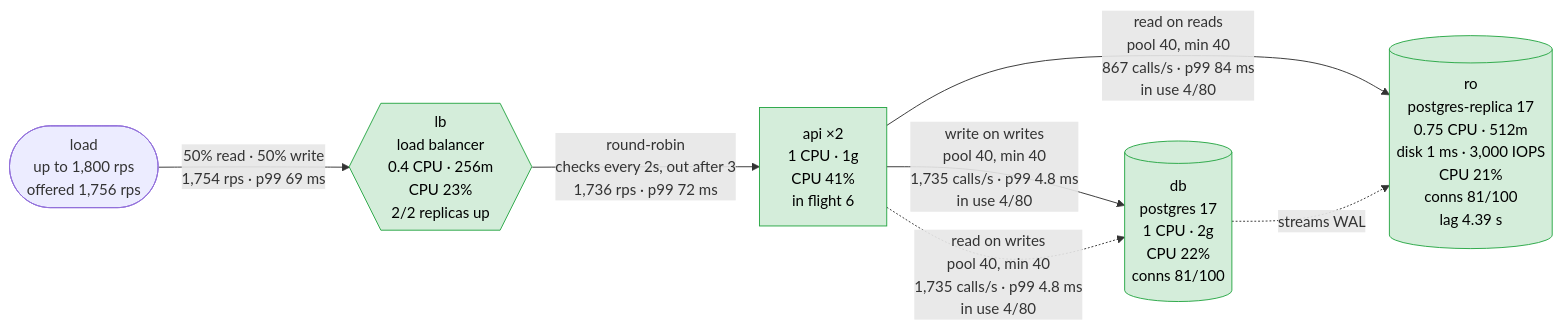
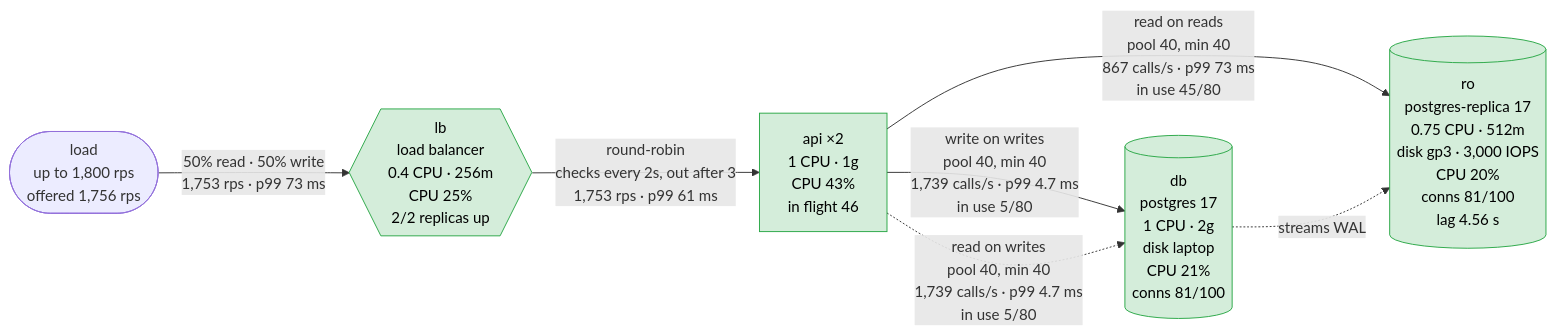
Before and after one commit to akinfemi/load-lore: the first of 5 diagrams in scenarios/stale-orders/solutions/read-your-writes/report.md, drawn with Mermaid. The commit also changed other lines of this file and 125 other files, not shown here.

````diff
--- a/scenarios/stale-orders/solutions/read-your-writes/report.md
+++ b/scenarios/stale-orders/solutions/read-your-writes/report.md
@@ -15,18 +17,18 @@
 ```mermaid
 flowchart LR
     load(["load<br/>up to 1,800 rps<br/>offered 1,756 rps"])
-    lb{{"lb<br/>load balancer<br/>0.4 CPU · 256m<br/>CPU 23%<br/>2/2 replicas up"}}
-    api["api ×2<br/>1 CPU · 1g<br/>CPU 41%<br/>in flight 6"]
-    ro[("ro<br/>postgres-replica 17<br/>0.75 CPU · 512m<br/>disk 1 ms · 3,000 IOPS<br/>CPU 21%<br/>conns 81/100<br/>lag 4.39 s")]
-    db[("db<br/>postgres 17<br/>1 CPU · 2g<br/>CPU 22%<br/>conns 81/100")]
-    load -->|"50% read · 50% write<br/>1,754 rps · p99 69 ms"| lb
-    lb -->|"round-robin<br/>checks every 2s, out after 3<br/>1,736 rps · p99 72 ms"| api
-    api -->|"read on reads<br/>pool 40, min 40<br/>867 calls/s · p99 84 ms<br/>in use 4/80"| ro
-    api -->|"write on writes<br/>pool 40, min 40<br/>1,735 calls/s · p99 4.8 ms<br/>in use 4/80"| db
-    api -.->|"read on writes<br/>pool 40, min 40<br/>1,735 calls/s · p99 4.8 ms<br/>in use 4/80"| db
+    lb{{"lb<br/>load balancer<br/>0.4 CPU · 256m<br/>CPU 25%<br/>2/2 replicas up"}}
+    api["api ×2<br/>1 CPU · 1g<br/>CPU 43%<br/>in flight 46"]
+    ro[("ro<br/>postgres-replica 17<br/>0.75 CPU · 512m<br/>disk gp3 · 3,000 IOPS<br/>CPU 20%<br/>conns 81/100<br/>lag 4.56 s")]
+    db[("db<br/>postgres 17<br/>1 CPU · 2g<br/>disk laptop<br/>CPU 21%<br/>conns 81/100")]
+    load -->|"50% read · 50% write<br/>1,753 rps · p99 73 ms"| lb
+    lb -->|"round-robin<br/>checks every 2s, out after 3<br/>1,753 rps · p99 61 ms"| api
+    api -->|"read on reads<br/>pool 40, min 40<br/>867 calls/s · p99 73 ms<br/>in use 45/80"| ro
+    api -->|"write on writes<br/>pool 40, min 40<br/>1,739 calls/s · p99 4.7 ms<br/>in use 5/80"| db
+    api -.->|"read on writes<br/>pool 40, min 40<br/>1,739 calls/s · p99 4.7 ms<br/>in use 5/80"| db
     db -.->|"streams WAL"| ro
     classDef ok fill:#d4edda,stroke:#28a745,color:#000
     classDef warm fill:#fff3cd,stroke:#d39e00,color:#000
     classDef hot fill:#f8d7da,stroke:#dc3545,color:#000
     class lb,api,ro,db ok
 ```
````
